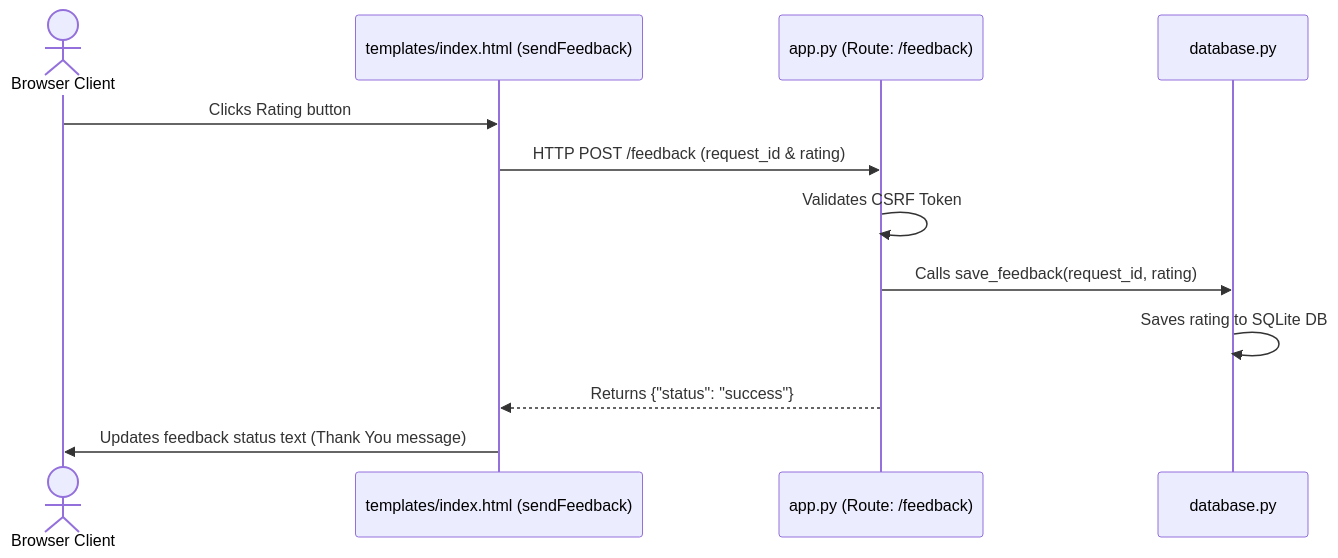
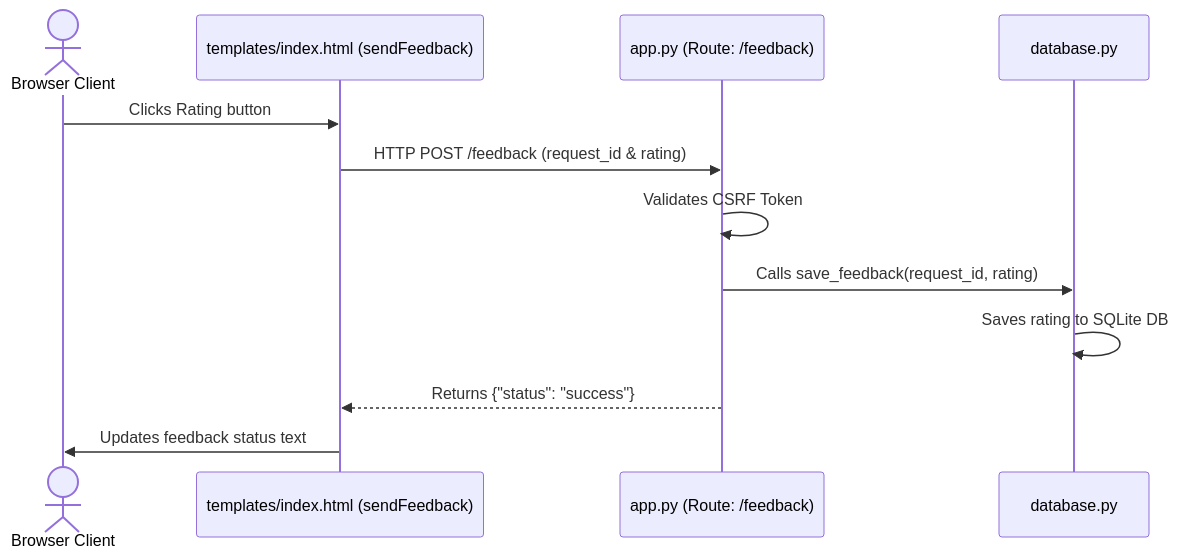
The fourth of 4 diagrams in smartgov_execution_flow.md (giridharreddy-dev/SmartGovAI-2026), drawn with Mermaid before and after one commit. The commit also changed other lines of this file and 12 other files, not shown here.

````diff
--- a/smartgov_execution_flow.md
+++ b/smartgov_execution_flow.md
@@ -136,15 +140,15 @@
 ```mermaid
 sequenceDiagram
     actor Client as Browser Client
     participant UI as templates/index.html (sendFeedback)
     participant App as app.py (Route: /feedback)
     participant DB as database.py
 
     Client->>UI: Clicks Rating button
     UI->>App: HTTP POST /feedback (request_id & rating)
     App->>App: Validates CSRF Token
     App->>DB: Calls save_feedback(request_id, rating)
     DB->>DB: Saves rating to SQLite DB
     App-->>UI: Returns {"status": "success"}
-    UI->>Client: Updates feedback status text (Thank You message)
+    UI->>Client: Updates feedback status text
 ```
````
